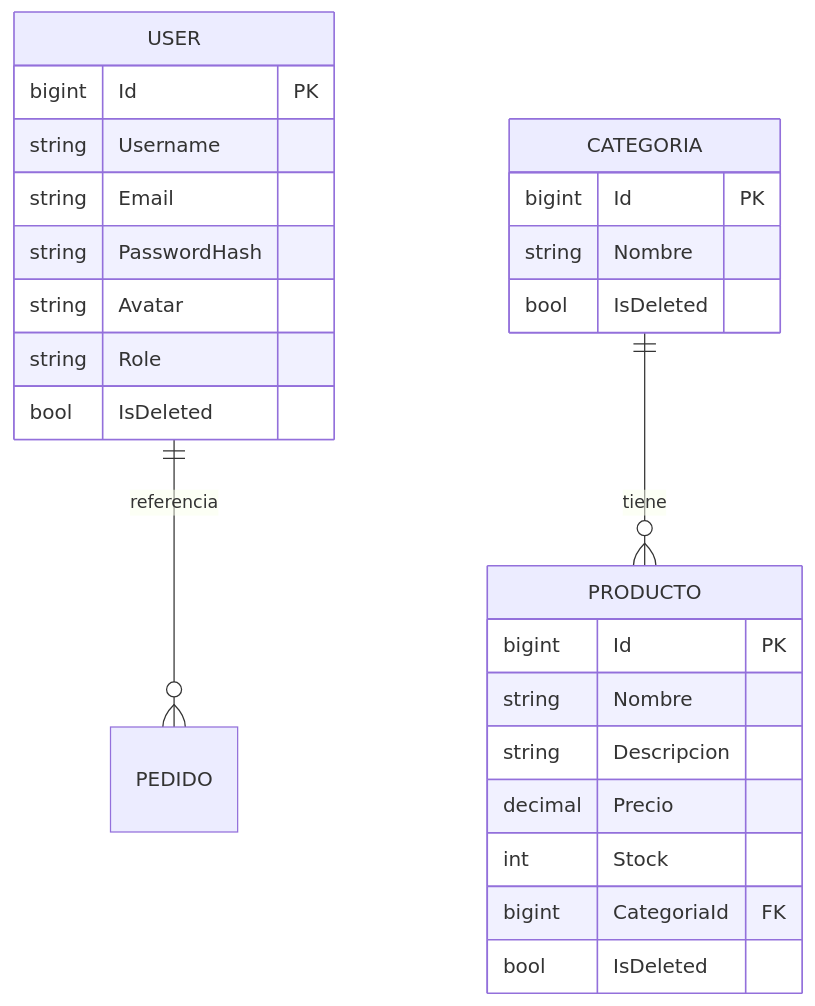
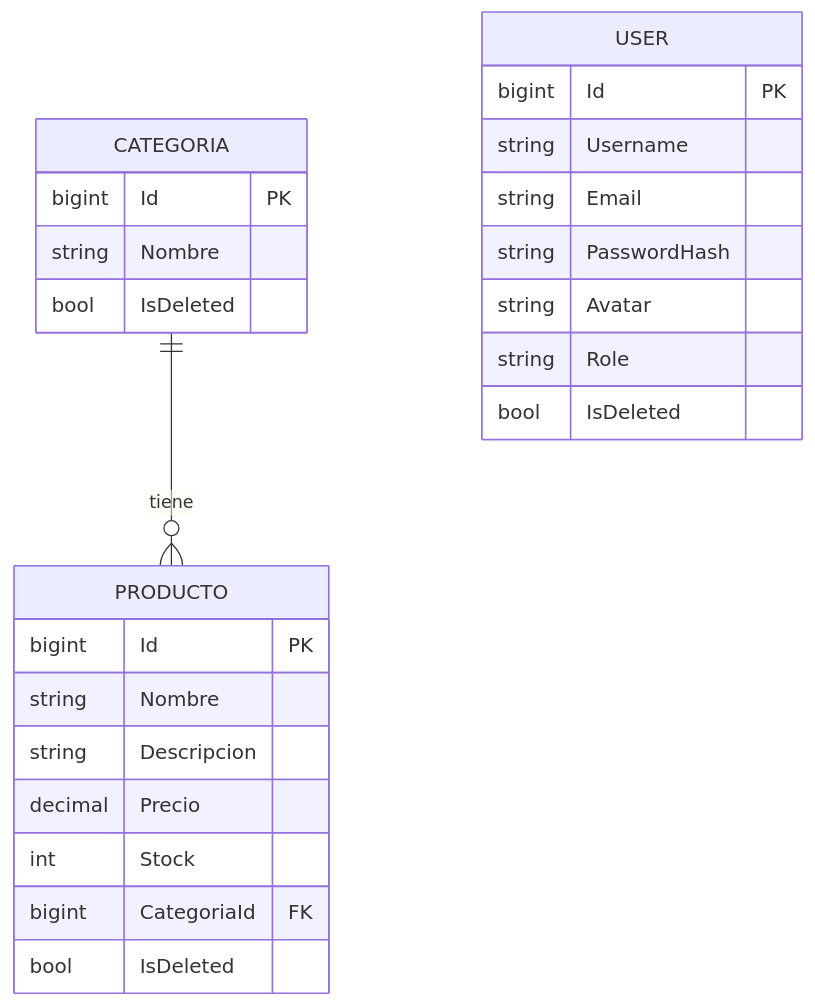
Before and after one commit to joseluisgs/TiendaDawApi-NetCore: the second of 6 diagrams in README.md, drawn with Mermaid. The commit also changed other lines of this file, not shown here.

Commit message:
docs: readme - sin conteos de tests y roles de bd (commands y queries) en diagramas y tablas

````diff
--- a/README.md
+++ b/README.md
@@ -543,31 +554,30 @@
 ```mermaid
 erDiagram
-    USER ||--o{ PEDIDO : "referencia"
     CATEGORIA ||--o{ PRODUCTO : "tiene"
     
     USER {
         bigint Id PK
         string Username
         string Email
         string PasswordHash
         string Avatar
         string Role
         bool IsDeleted
     }
     
     CATEGORIA {
         bigint Id PK
         string Nombre
         bool IsDeleted
     }
     
     PRODUCTO {
         bigint Id PK
         string Nombre
         string Descripcion
         decimal Precio
         int Stock
         bigint CategoriaId FK
         bool IsDeleted
     }
 ```
````
